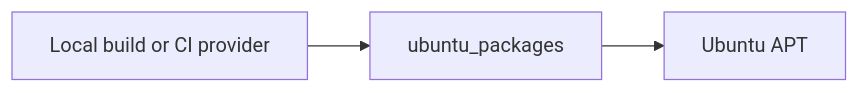
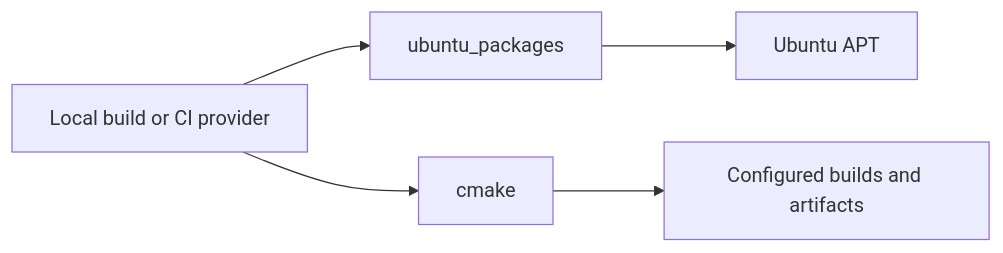
One commit to Vokerlee/wiola-player changed the diagram in tools/build_environment/README.md. Above: the diagram before and after it, drawn with Mermaid. The commit also changed other lines of this file and 31 other files, not shown here.

````diff
--- a/tools/build_environment/README.md
+++ b/tools/build_environment/README.md
@@ -5,5 +5,7 @@
 ```mermaid
 flowchart LR
   Caller[Local build or CI provider] --> Ubuntu[ubuntu_packages]
   Ubuntu --> APT[Ubuntu APT]
+  Caller --> CMake[cmake]
+  CMake --> Targets[Configured builds and artifacts]
 ```
````
